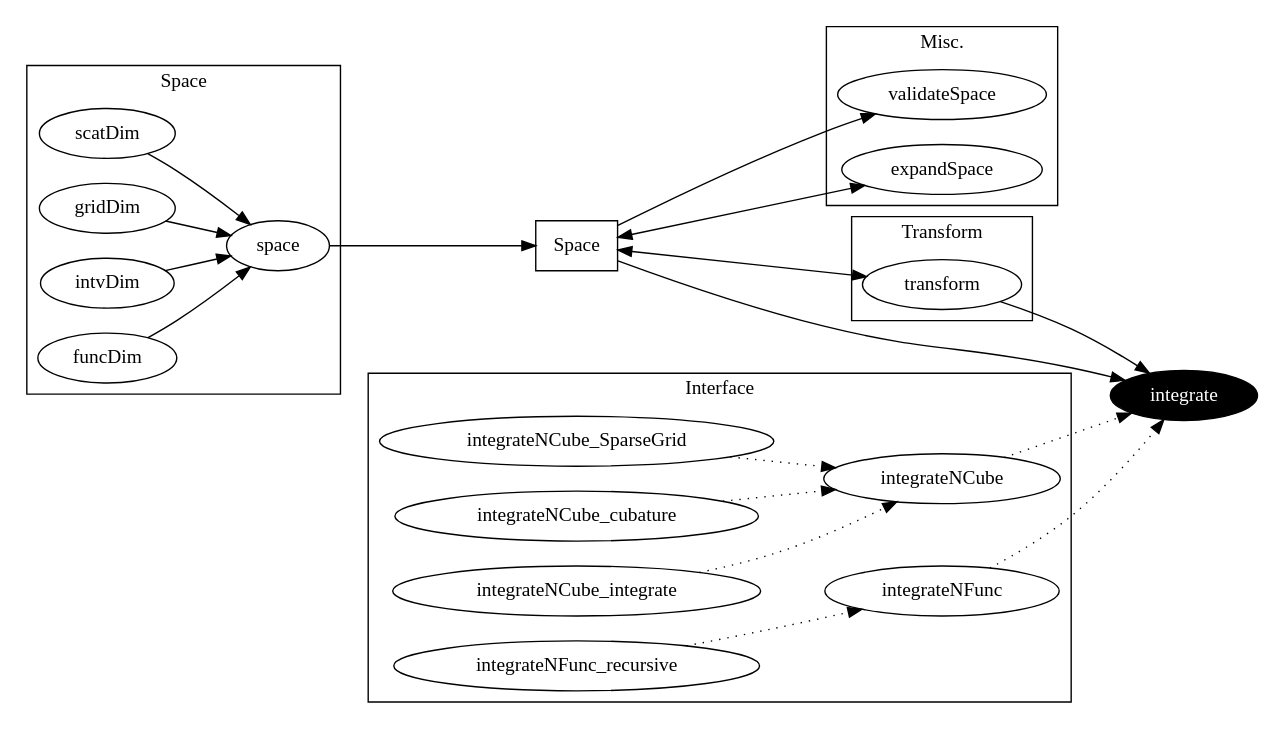
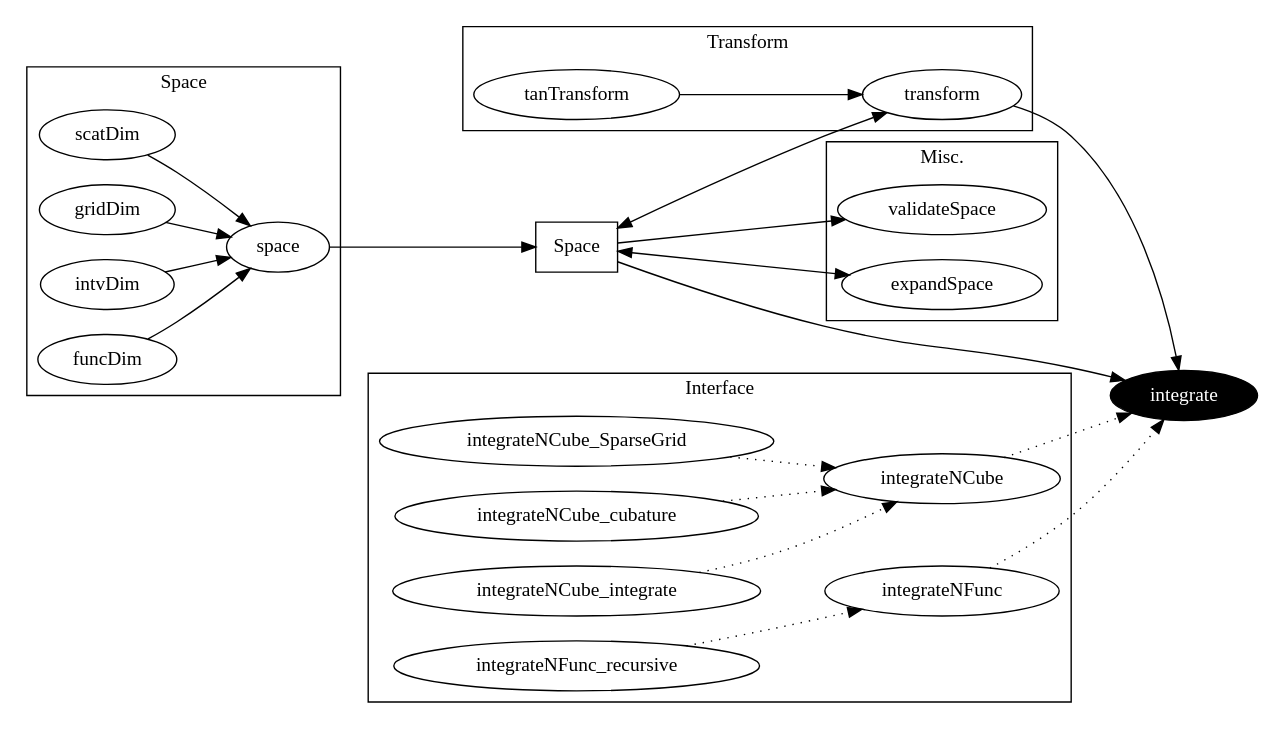
The diagram in misc/nint.dot (arappold/docopulae), drawn with Graphviz before and after one commit. The commit also changed 4 other files, not shown here.

Commit message:
updated graphs, getM returns named matrix

```diff
--- a/misc/nint.dot
+++ b/misc/nint.dot
@@ -1,44 +1,44 @@
 digraph {
     rankdir = LR
 
     subgraph cluster_space {
         label = "Space"
         fontname = bold
         {scatDim; gridDim; intvDim; funcDim} -> space
     }
 
     Space [shape=box]
 
     space -> Space
 
+    subgraph cluster_space_transform {
+        label = "Transform"
+        fontname = bold
+        tanTransform -> transform
+    }
+
+    Space -> transform [dir=both]
+
     subgraph cluster_space_misc {
         label = "Misc."
         fontname = bold
         validateSpace
         expandSpace
     }
 
     Space -> validateSpace
     Space -> expandSpace [dir=both]
-
-    subgraph cluster_space_transform {
-        label = "Transform"
-        fontname = bold
-        transform
-    }
-
-    Space -> transform [dir=both]
 
     subgraph cluster_interface {
         label = "Interface"
         fontname = bold
         {integrateNCube_SparseGrid; integrateNCube_cubature; integrateNCube_integrate} -> integrateNCube [style=dotted]
         integrateNFunc_recursive -> integrateNFunc [style=dotted]
     }
 
     integrate [style=filled; fillcolor=black; fontcolor=white, fontname=bold]
 
     transform -> integrate
     Space -> integrate
     {integrateNCube; integrateNFunc} -> integrate [style=dotted]
 }
```
